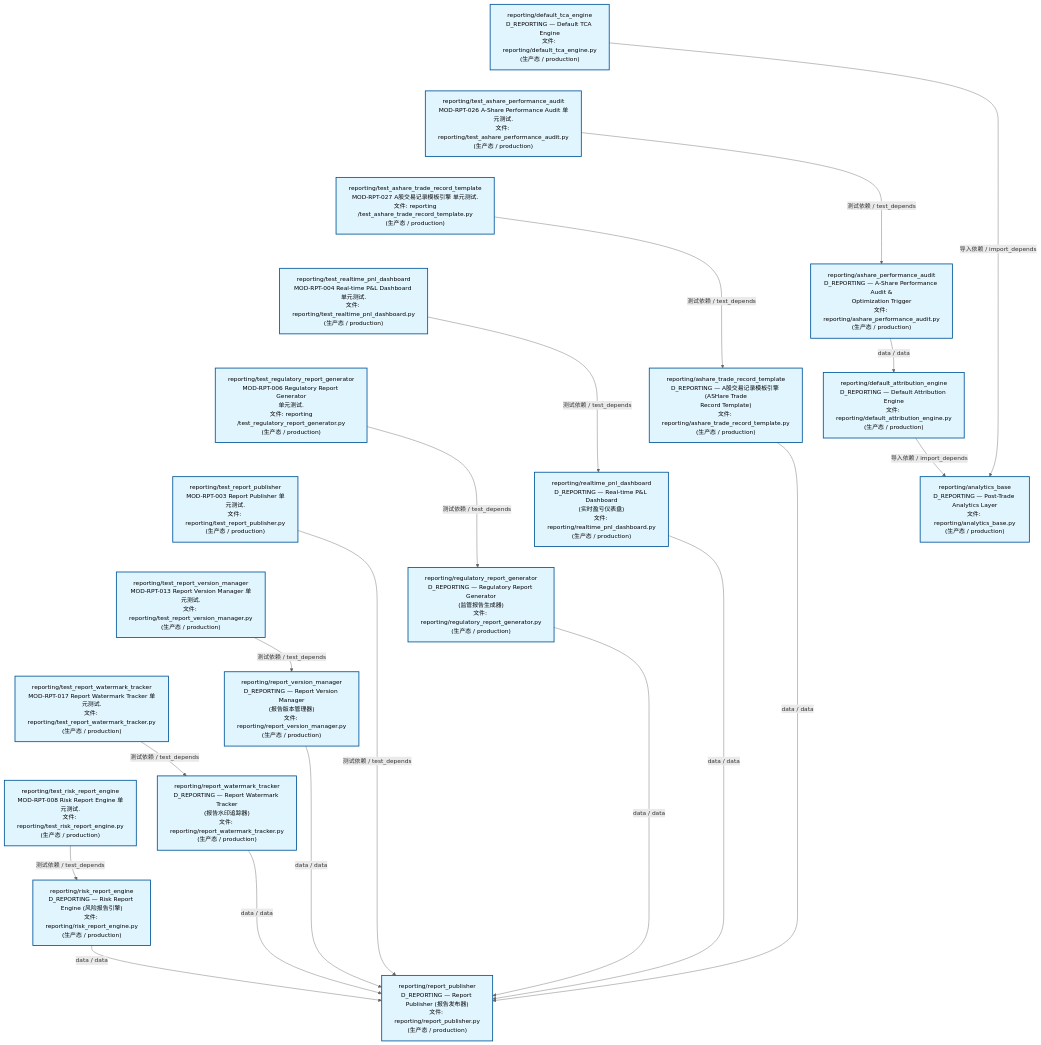
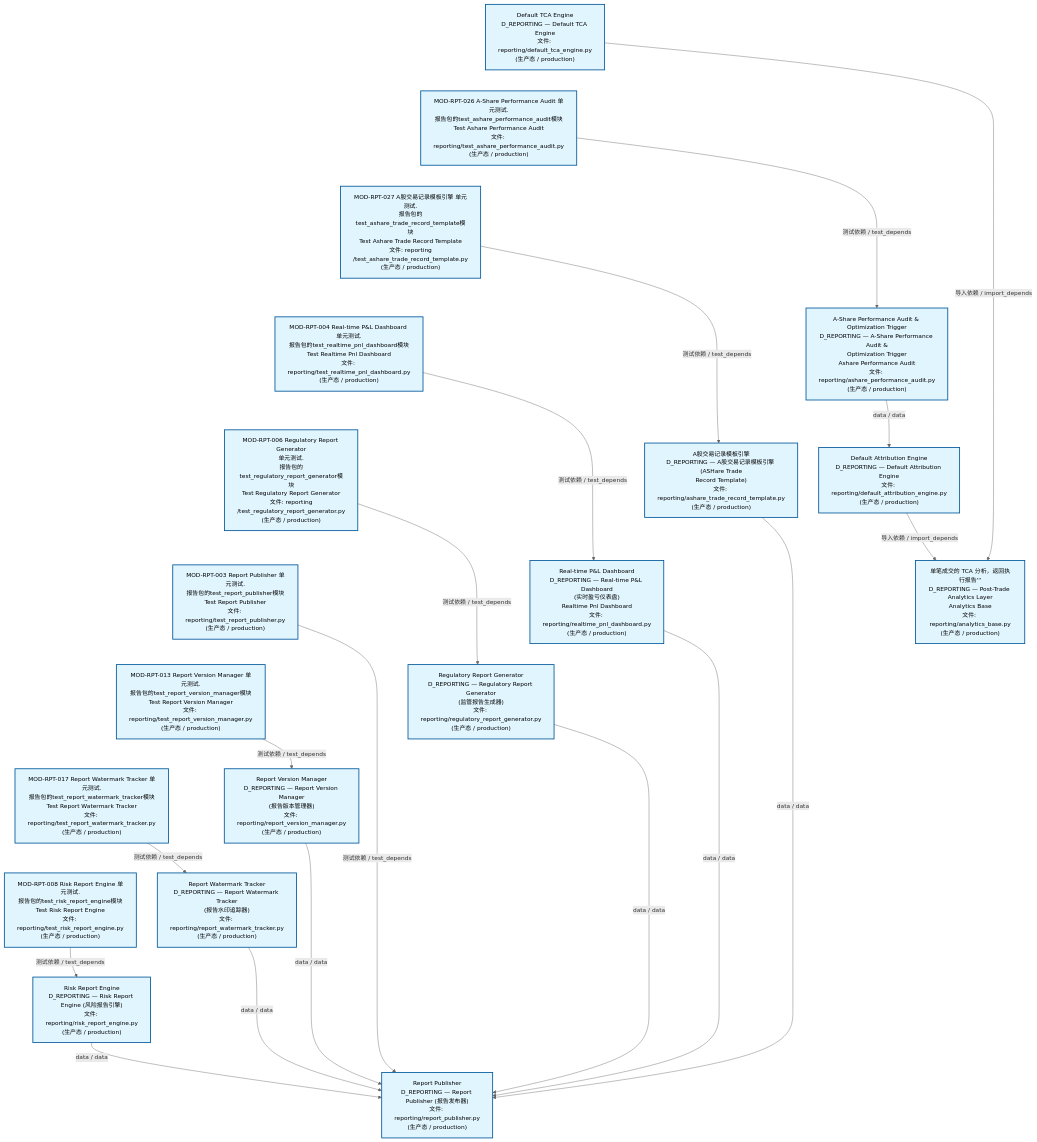
One commit to xuanFelixVan/ZephyrAlpha changed the second of 4 diagrams in docs/02_enterprise_architecture/02_domain_architecture_docs/26_d_reporting.md. Above: the diagram before and after it, drawn with Mermaid. The commit also changed other lines of this file and 58 other files, not shown here.

````diff
--- a/docs/02_enterprise_architecture/02_domain_architecture_docs/26_d_reporting.md
+++ b/docs/02_enterprise_architecture/02_domain_architecture_docs/26_d_reporting.md
@@ -148,60 +148,60 @@
 ```mermaid
 %%{init: {'theme': 'base', 'themeVariables': {'primaryColor': '#eaeaea', 'primaryTextColor': '#333333', 'primaryBorderColor': '#666666', 'lineColor': '#666666', 'secondaryColor': '#eaeaea', 'tertiaryColor': '#eaeaea', 'fontSize': '14px'}}}%%
 flowchart TD
-    src_zephyr_reporting_default_tca_engine_py["reporting/default_tca_engine<br/>D_REPORTING — Default TCA Engine<br/>文件: reporting/default_tca_engine.py<br/>(生产态 / production)"]
-    tests_reporting_test_ashare_performance_audit_py["reporting/test_ashare_performance_audit<br/>MOD-RPT-026 A-Share Performance Audit 单元测试.<br/>文件: reporting/test_ashare_performance_audit.py<br/>(生产态 / production)"]
-    tests_reporting_test_ashare_trade_record_template_py["reporting/test_ashare_trade_record_template<br/>MOD-RPT-027 A股交易记录模板引擎 单元测试.<br/>文件: reporting<br/>/test_ashare_trade_record_template.py<br/>(生产态 / production)"]
-    tests_reporting_test_realtime_pnl_dashboard_py["reporting/test_realtime_pnl_dashboard<br/>MOD-RPT-004 Real-time P&L Dashboard 单元测试.<br/>文件: reporting/test_realtime_pnl_dashboard.py<br/>(生产态 / production)"]
-    tests_reporting_test_regulatory_report_generator_py["reporting/test_regulatory_report_generator<br/>MOD-RPT-006 Regulatory Report Generator<br/>单元测试.<br/>文件: reporting<br/>/test_regulatory_report_generator.py<br/>(生产态 / production)"]
-    tests_reporting_test_report_publisher_py["reporting/test_report_publisher<br/>MOD-RPT-003 Report Publisher 单元测试.<br/>文件: reporting/test_report_publisher.py<br/>(生产态 / production)"]
-    tests_reporting_test_report_version_manager_py["reporting/test_report_version_manager<br/>MOD-RPT-013 Report Version Manager 单元测试.<br/>文件: reporting/test_report_version_manager.py<br/>(生产态 / production)"]
-    tests_reporting_test_report_watermark_tracker_py["reporting/test_report_watermark_tracker<br/>MOD-RPT-017 Report Watermark Tracker 单元测试.<br/>文件: reporting/test_report_watermark_tracker.py<br/>(生产态 / production)"]
-    tests_reporting_test_risk_report_engine_py["reporting/test_risk_report_engine<br/>MOD-RPT-008 Risk Report Engine 单元测试.<br/>文件: reporting/test_risk_report_engine.py<br/>(生产态 / production)"]
+    src_zephyr_reporting_default_tca_engine_py["Default TCA Engine<br/>D_REPORTING — Default TCA Engine<br/>文件: reporting/default_tca_engine.py<br/>(生产态 / production)"]
+    tests_reporting_test_ashare_performance_audit_py["MOD-RPT-026 A-Share Performance Audit 单元测试.<br/>报告包的test_ashare_performance_audit模块<br/>Test Ashare Performance Audit<br/>文件: reporting/test_ashare_performance_audit.py<br/>(生产态 / production)"]
+    tests_reporting_test_ashare_trade_record_template_py["MOD-RPT-027 A股交易记录模板引擎 单元测试.<br/>报告包的test_ashare_trade_record_template模块<br/>Test Ashare Trade Record Template<br/>文件: reporting<br/>/test_ashare_trade_record_template.py<br/>(生产态 / production)"]
+    tests_reporting_test_realtime_pnl_dashboard_py["MOD-RPT-004 Real-time P&L Dashboard 单元测试.<br/>报告包的test_realtime_pnl_dashboard模块<br/>Test Realtime Pnl Dashboard<br/>文件: reporting/test_realtime_pnl_dashboard.py<br/>(生产态 / production)"]
+    tests_reporting_test_regulatory_report_generator_py["MOD-RPT-006 Regulatory Report Generator<br/>单元测试.<br/>报告包的test_regulatory_report_generator模块<br/>Test Regulatory Report Generator<br/>文件: reporting<br/>/test_regulatory_report_generator.py<br/>(生产态 / production)"]
+    tests_reporting_test_report_publisher_py["MOD-RPT-003 Report Publisher 单元测试.<br/>报告包的test_report_publisher模块<br/>Test Report Publisher<br/>文件: reporting/test_report_publisher.py<br/>(生产态 / production)"]
+    tests_reporting_test_report_version_manager_py["MOD-RPT-013 Report Version Manager 单元测试.<br/>报告包的test_report_version_manager模块<br/>Test Report Version Manager<br/>文件: reporting/test_report_version_manager.py<br/>(生产态 / production)"]
+    tests_reporting_test_report_watermark_tracker_py["MOD-RPT-017 Report Watermark Tracker 单元测试.<br/>报告包的test_report_watermark_tracker模块<br/>Test Report Watermark Tracker<br/>文件: reporting/test_report_watermark_tracker.py<br/>(生产态 / production)"]
+    tests_reporting_test_risk_report_engine_py["MOD-RPT-008 Risk Report Engine 单元测试.<br/>报告包的test_risk_report_engine模块<br/>Test Risk Report Engine<br/>文件: reporting/test_risk_report_engine.py<br/>(生产态 / production)"]
     src_zephyr_reporting_default_tca_engine_py ~~~ tests_reporting_test_ashare_performance_audit_py
     tests_reporting_test_ashare_performance_audit_py ~~~ tests_reporting_test_ashare_trade_record_template_py
     tests_reporting_test_ashare_trade_record_template_py ~~~ tests_reporting_test_realtime_pnl_dashboard_py
     tests_reporting_test_realtime_pnl_dashboard_py ~~~ tests_reporting_test_regulatory_report_generator_py
     tests_reporting_test_regulatory_report_generator_py ~~~ tests_reporting_test_report_publisher_py
     tests_reporting_test_report_publisher_py ~~~ tests_reporting_test_report_version_manager_py
     tests_reporting_test_report_version_manager_py ~~~ tests_reporting_test_report_watermark_tracker_py
     tests_reporting_test_report_watermark_tracker_py ~~~ tests_reporting_test_risk_report_engine_py
-    src_zephyr_reporting_ashare_performance_audit_py["reporting/ashare_performance_audit<br/>D_REPORTING — A-Share Performance Audit &<br/>Optimization Trigger<br/>文件: reporting/ashare_performance_audit.py<br/>(生产态 / production)"]
-    src_zephyr_reporting_ashare_trade_record_template_py["reporting/ashare_trade_record_template<br/>D_REPORTING — A股交易记录模板引擎 (ASHare Trade<br/>Record Template)<br/>文件: reporting/ashare_trade_record_template.py<br/>(生产态 / production)"]
-    src_zephyr_reporting_realtime_pnl_dashboard_py["reporting/realtime_pnl_dashboard<br/>D_REPORTING — Real-time P&L Dashboard<br/>(实时盈亏仪表盘)<br/>文件: reporting/realtime_pnl_dashboard.py<br/>(生产态 / production)"]
-    src_zephyr_reporting_regulatory_report_generator_py["reporting/regulatory_report_generator<br/>D_REPORTING — Regulatory Report Generator<br/>(监管报告生成器)<br/>文件: reporting/regulatory_report_generator.py<br/>(生产态 / production)"]
-    src_zephyr_reporting_report_version_manager_py["reporting/report_version_manager<br/>D_REPORTING — Report Version Manager<br/>(报告版本管理器)<br/>文件: reporting/report_version_manager.py<br/>(生产态 / production)"]
-    src_zephyr_reporting_report_watermark_tracker_py["reporting/report_watermark_tracker<br/>D_REPORTING — Report Watermark Tracker<br/>(报告水印追踪器)<br/>文件: reporting/report_watermark_tracker.py<br/>(生产态 / production)"]
-    src_zephyr_reporting_risk_report_engine_py["reporting/risk_report_engine<br/>D_REPORTING — Risk Report Engine (风险报告引擎)<br/>文件: reporting/risk_report_engine.py<br/>(生产态 / production)"]
+    src_zephyr_reporting_ashare_performance_audit_py["A-Share Performance Audit & Optimization Trigger<br/>D_REPORTING — A-Share Performance Audit &<br/>Optimization Trigger<br/>Ashare Performance Audit<br/>文件: reporting/ashare_performance_audit.py<br/>(生产态 / production)"]
+    src_zephyr_reporting_ashare_trade_record_template_py["A股交易记录模板引擎<br/>D_REPORTING — A股交易记录模板引擎 (ASHare Trade<br/>Record Template)<br/>文件: reporting/ashare_trade_record_template.py<br/>(生产态 / production)"]
+    src_zephyr_reporting_realtime_pnl_dashboard_py["Real-time P&L Dashboard<br/>D_REPORTING — Real-time P&L Dashboard<br/>(实时盈亏仪表盘)<br/>Realtime Pnl Dashboard<br/>文件: reporting/realtime_pnl_dashboard.py<br/>(生产态 / production)"]
+    src_zephyr_reporting_regulatory_report_generator_py["Regulatory Report Generator<br/>D_REPORTING — Regulatory Report Generator<br/>(监管报告生成器)<br/>文件: reporting/regulatory_report_generator.py<br/>(生产态 / production)"]
+    src_zephyr_reporting_report_version_manager_py["Report Version Manager<br/>D_REPORTING — Report Version Manager<br/>(报告版本管理器)<br/>文件: reporting/report_version_manager.py<br/>(生产态 / production)"]
+    src_zephyr_reporting_report_watermark_tracker_py["Report Watermark Tracker<br/>D_REPORTING — Report Watermark Tracker<br/>(报告水印追踪器)<br/>文件: reporting/report_watermark_tracker.py<br/>(生产态 / production)"]
+    src_zephyr_reporting_risk_report_engine_py["Risk Report Engine<br/>D_REPORTING — Risk Report Engine (风险报告引擎)<br/>文件: reporting/risk_report_engine.py<br/>(生产态 / production)"]
     src_zephyr_reporting_ashare_performance_audit_py ~~~ src_zephyr_reporting_ashare_trade_record_template_py
     src_zephyr_reporting_ashare_trade_record_template_py ~~~ src_zephyr_reporting_realtime_pnl_dashboard_py
     src_zephyr_reporting_realtime_pnl_dashboard_py ~~~ src_zephyr_reporting_regulatory_report_generator_py
     src_zephyr_reporting_regulatory_report_generator_py ~~~ src_zephyr_reporting_report_version_manager_py
     src_zephyr_reporting_report_version_manager_py ~~~ src_zephyr_reporting_report_watermark_tracker_py
     src_zephyr_reporting_report_watermark_tracker_py ~~~ src_zephyr_reporting_risk_report_engine_py
-    src_zephyr_reporting_default_attribution_engine_py["reporting/default_attribution_engine<br/>D_REPORTING — Default Attribution Engine<br/>文件: reporting/default_attribution_engine.py<br/>(生产态 / production)"]
-    src_zephyr_reporting_report_publisher_py["reporting/report_publisher<br/>D_REPORTING — Report Publisher (报告发布器)<br/>文件: reporting/report_publisher.py<br/>(生产态 / production)"]
+    src_zephyr_reporting_default_attribution_engine_py["Default Attribution Engine<br/>D_REPORTING — Default Attribution Engine<br/>文件: reporting/default_attribution_engine.py<br/>(生产态 / production)"]
+    src_zephyr_reporting_report_publisher_py["Report Publisher<br/>D_REPORTING — Report Publisher (报告发布器)<br/>文件: reporting/report_publisher.py<br/>(生产态 / production)"]
     src_zephyr_reporting_default_attribution_engine_py ~~~ src_zephyr_reporting_report_publisher_py
-    src_zephyr_reporting_analytics_base_py["reporting/analytics_base<br/>D_REPORTING — Post-Trade Analytics Layer<br/>文件: reporting/analytics_base.py<br/>(生产态 / production)"]
-    src_zephyr_reporting_ashare_trade_record_template_py -->|data / data| src_zephyr_reporting_report_publisher_py
+    src_zephyr_reporting_analytics_base_py["单笔成交的 TCA 分析，返回执行报告'''<br/>D_REPORTING — Post-Trade Analytics Layer<br/>Analytics Base<br/>文件: reporting/analytics_base.py<br/>(生产态 / production)"]
+    src_zephyr_reporting_ashare_performance_audit_py -->|data / data| src_zephyr_reporting_default_attribution_engine_py
     src_zephyr_reporting_default_attribution_engine_py -->|导入依赖 / import_depends| src_zephyr_reporting_analytics_base_py
     src_zephyr_reporting_regulatory_report_generator_py -->|data / data| src_zephyr_reporting_report_publisher_py
+    src_zephyr_reporting_ashare_trade_record_template_py -->|data / data| src_zephyr_reporting_report_publisher_py
     src_zephyr_reporting_default_tca_engine_py -->|导入依赖 / import_depends| src_zephyr_reporting_analytics_base_py
-    src_zephyr_reporting_ashare_performance_audit_py -->|data / data| src_zephyr_reporting_default_attribution_engine_py
+    src_zephyr_reporting_report_version_manager_py -->|data / data| src_zephyr_reporting_report_publisher_py
     src_zephyr_reporting_realtime_pnl_dashboard_py -->|data / data| src_zephyr_reporting_report_publisher_py
+    src_zephyr_reporting_risk_report_engine_py -->|data / data| src_zephyr_reporting_report_publisher_py
     src_zephyr_reporting_report_watermark_tracker_py -->|data / data| src_zephyr_reporting_report_publisher_py
-    src_zephyr_reporting_report_version_manager_py -->|data / data| src_zephyr_reporting_report_publisher_py
-    src_zephyr_reporting_risk_report_engine_py -->|data / data| src_zephyr_reporting_report_publisher_py
+    tests_reporting_test_regulatory_report_generator_py -->|测试依赖 / test_depends| src_zephyr_reporting_regulatory_report_generator_py
     tests_reporting_test_ashare_trade_record_template_py -->|测试依赖 / test_depends| src_zephyr_reporting_ashare_trade_record_template_py
+    tests_reporting_test_report_publisher_py -->|测试依赖 / test_depends| src_zephyr_reporting_report_publisher_py
+    tests_reporting_test_ashare_performance_audit_py -->|测试依赖 / test_depends| src_zephyr_reporting_ashare_performance_audit_py
+    tests_reporting_test_report_watermark_tracker_py -->|测试依赖 / test_depends| src_zephyr_reporting_report_watermark_tracker_py
     tests_reporting_test_report_version_manager_py -->|测试依赖 / test_depends| src_zephyr_reporting_report_version_manager_py
     tests_reporting_test_realtime_pnl_dashboard_py -->|测试依赖 / test_depends| src_zephyr_reporting_realtime_pnl_dashboard_py
-    tests_reporting_test_ashare_performance_audit_py -->|测试依赖 / test_depends| src_zephyr_reporting_ashare_performance_audit_py
-    tests_reporting_test_regulatory_report_generator_py -->|测试依赖 / test_depends| src_zephyr_reporting_regulatory_report_generator_py
-    tests_reporting_test_report_publisher_py -->|测试依赖 / test_depends| src_zephyr_reporting_report_publisher_py
-    tests_reporting_test_report_watermark_tracker_py -->|测试依赖 / test_depends| src_zephyr_reporting_report_watermark_tracker_py
     tests_reporting_test_risk_report_engine_py -->|测试依赖 / test_depends| src_zephyr_reporting_risk_report_engine_py
     classDef production fill:#e1f5fe,stroke:#01579b,stroke-width:2px,color:#000
     classDef design fill:#fff3e0,stroke:#e65100,stroke-width:2px,color:#000,stroke-dasharray: 5 5
     classDef external_prod fill:#e8f4fd,stroke:#0277bd,stroke-width:1px,color:#000
     classDef external_design fill:#fff8e7,stroke:#ef6c00,stroke-width:1px,color:#000,stroke-dasharray: 5 5
     class src_zephyr_reporting_analytics_base_py,src_zephyr_reporting_ashare_performance_audit_py,src_zephyr_reporting_ashare_trade_record_template_py,src_zephyr_reporting_default_attribution_engine_py,src_zephyr_reporting_default_tca_engine_py,src_zephyr_reporting_realtime_pnl_dashboard_py,src_zephyr_reporting_regulatory_report_generator_py,src_zephyr_reporting_report_publisher_py,src_zephyr_reporting_report_version_manager_py,src_zephyr_reporting_report_watermark_tracker_py,src_zephyr_reporting_risk_report_engine_py,tests_reporting_test_ashare_performance_audit_py,tests_reporting_test_ashare_trade_record_template_py,tests_reporting_test_realtime_pnl_dashboard_py,tests_reporting_test_regulatory_report_generator_py,tests_reporting_test_report_publisher_py,tests_reporting_test_report_version_manager_py,tests_reporting_test_report_watermark_tracker_py,tests_reporting_test_risk_report_engine_py production
 ```
````
